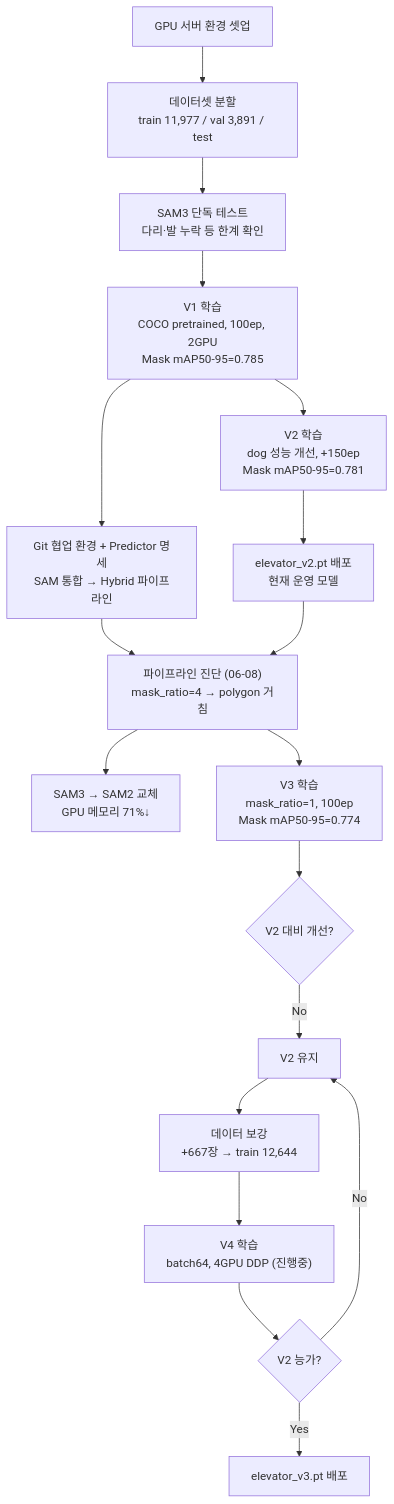
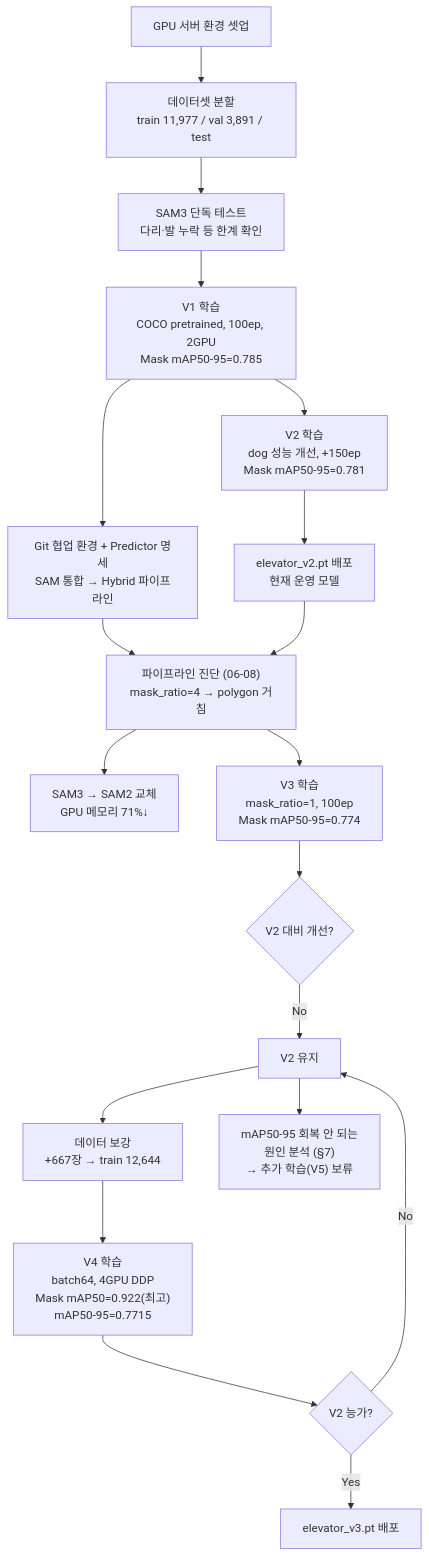
The diagram in README.md (kiw8/autolabel), drawn with Mermaid before and after one commit. The commit also changed other lines of this file and 2 other files, not shown here.

````diff
--- a/README.md
+++ b/README.md
@@ -17,20 +17,21 @@
 ```mermaid
 flowchart TD
     A[GPU 서버 환경 셋업] --> B["데이터셋 분할<br/>train 11,977 / val 3,891 / test"]
     B --> C["SAM3 단독 테스트<br/>다리·발 누락 등 한계 확인"]
     C --> D["V1 학습<br/>COCO pretrained, 100ep, 2GPU<br/>Mask mAP50-95=0.785"]
     D --> E["Git 협업 환경 + Predictor 명세<br/>SAM 통합 → Hybrid 파이프라인"]
     D --> F["V2 학습<br/>dog 성능 개선, +150ep<br/>Mask mAP50-95=0.781"]
     F --> G["elevator_v2.pt 배포<br/>현재 운영 모델"]
     E --> H["파이프라인 진단 (06-08)<br/>mask_ratio=4 → polygon 거침"]
     G --> H
     H --> I["SAM3 → SAM2 교체<br/>GPU 메모리 71%↓"]
     H --> J["V3 학습<br/>mask_ratio=1, 100ep<br/>Mask mAP50-95=0.774"]
     J --> K{V2 대비 개선?}
     K -- No --> L[V2 유지]
     L --> M["데이터 보강<br/>+667장 → train 12,644"]
-    M --> N["V4 학습<br/>batch64, 4GPU DDP (진행중)"]
+    M --> N["V4 학습<br/>batch64, 4GPU DDP<br/>Mask mAP50=0.922(최고)<br/>mAP50-95=0.7715"]
     N --> O{V2 능가?}
     O -- Yes --> P[elevator_v3.pt 배포]
     O -- No --> L
+    L --> Q["mAP50-95 회복 안 되는<br/>원인 분석 (§7)<br/>→ 추가 학습(V5) 보류"]
 ```
````
